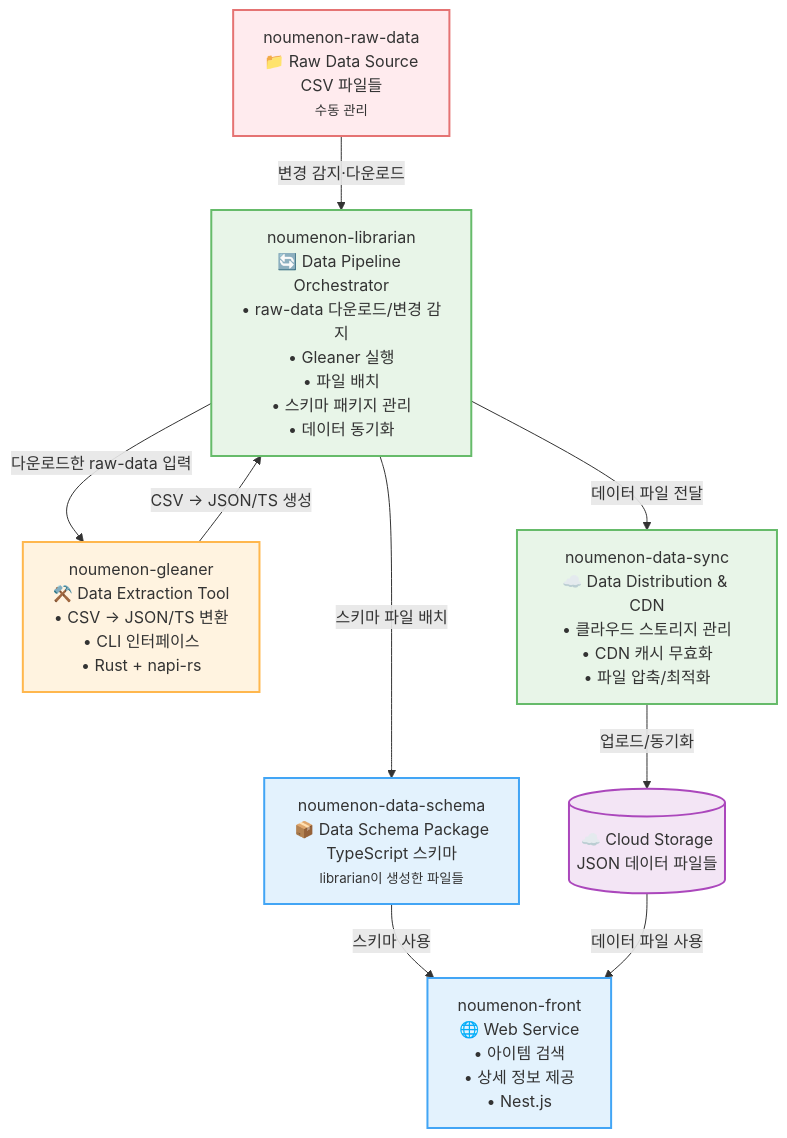
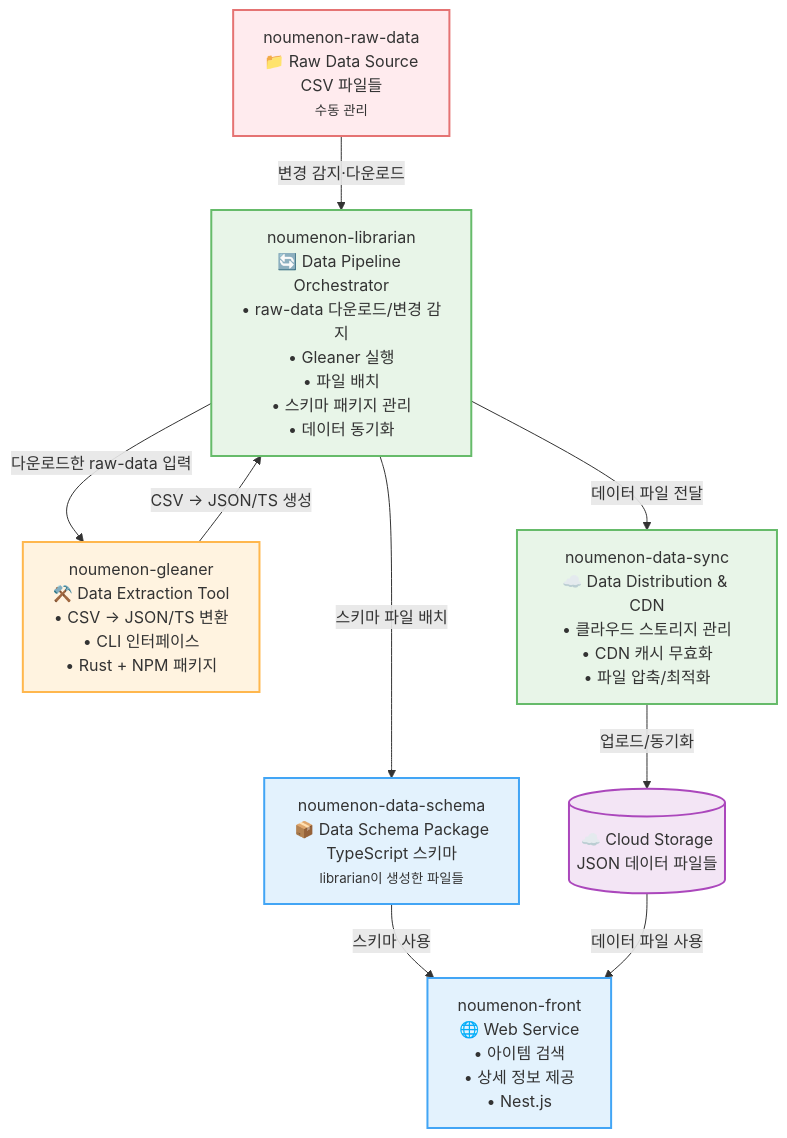
The diagram in apps/noumenon-front/docs/architecture-design-phase-1/service-architecture-diagram-by-claude-4.md (siluat/web-projects), drawn with Mermaid before and after one commit. The commit also changed 2 other files, not shown here.

Commit message:
📝 (noumenon-front): update Gleaner description to remove napi-rs reference in architecture documentation

````diff
--- a/apps/noumenon-front/docs/architecture-design-phase-1/service-architecture-diagram-by-claude-4.md
+++ b/apps/noumenon-front/docs/architecture-design-phase-1/service-architecture-diagram-by-claude-4.md
@@ -3,46 +3,46 @@
 ```mermaid
 graph TB
     %% Raw Data Source
     RawData[noumenon-raw-data<br/>📁 Raw Data Source<br/>CSV 파일들<br/><small>수동 관리</small>]
 
     %% Data Pipeline
     Librarian[noumenon-librarian<br/>🔄 Data Pipeline Orchestrator<br/>• raw-data 다운로드/변경 감지<br/>• Gleaner 실행<br/>• 파일 배치<br/>• 스키마 패키지 관리<br/>• 데이터 동기화]
 
     %% Data Extraction Tool
-    Gleaner[noumenon-gleaner<br/>⚒️ Data Extraction Tool<br/>• CSV → JSON/TS 변환<br/>• CLI 인터페이스<br/>• Rust + napi-rs]
+    Gleaner[noumenon-gleaner<br/>⚒️ Data Extraction Tool<br/>• CSV → JSON/TS 변환<br/>• CLI 인터페이스<br/>• Rust + NPM 패키지]
 
     %% Schema Package
     Schema[noumenon-data-schema<br/>📦 Data Schema Package<br/>TypeScript 스키마<br/><small>librarian이 생성한 파일들</small>]
 
     %% Data Distribution
     DataSync[noumenon-data-sync<br/>☁️ Data Distribution & CDN<br/>• 클라우드 스토리지 관리<br/>• CDN 캐시 무효화<br/>• 파일 압축/최적화]
 
     %% Web Service
     Front[noumenon-front<br/>🌐 Web Service<br/>• 아이템 검색<br/>• 상세 정보 제공<br/>• Nest.js]
 
     %% Cloud Storage
     Cloud[(☁️ Cloud Storage<br/>JSON 데이터 파일들)]
 
     %% Relationships
     RawData -->|변경 감지·다운로드| Librarian
     Librarian -->|다운로드한 raw-data 입력| Gleaner
     Gleaner -->|CSV → JSON/TS 생성| Librarian
     Librarian -->|스키마 파일 배치| Schema
     Librarian -->|데이터 파일 전달| DataSync
     DataSync -->|업로드/동기화| Cloud
     Schema -->|스키마 사용| Front
     Cloud -->|데이터 파일 사용| Front
 
     %% Styling
     classDef rawData fill:#ffebee,stroke:#e57373,stroke-width:2px
     classDef pipeline fill:#e8f5e8,stroke:#66bb6a,stroke-width:2px
     classDef tool fill:#fff3e0,stroke:#ffb74d,stroke-width:2px
     classDef service fill:#e3f2fd,stroke:#42a5f5,stroke-width:2px
     classDef storage fill:#f3e5f5,stroke:#ab47bc,stroke-width:2px
 
     class RawData rawData
     class Librarian,DataSync pipeline
     class Gleaner tool
     class Front,Schema service
     class Cloud storage
 ```
````
